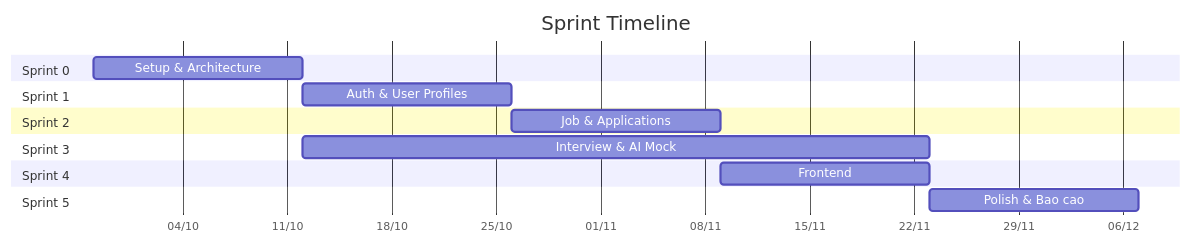
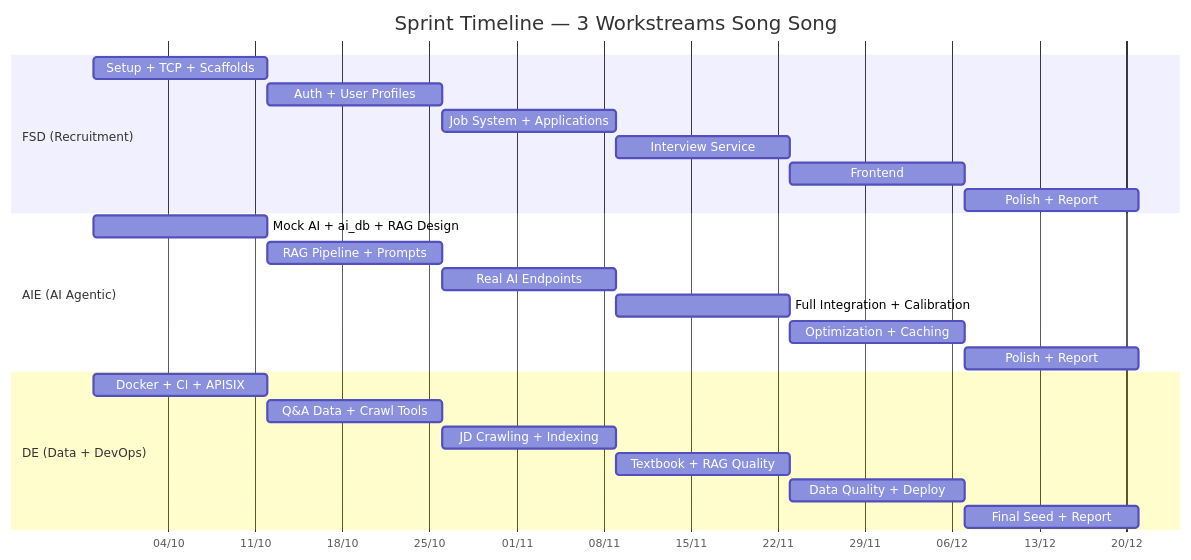
Before and after one commit to minhtuann1102/ai-recruitment-platform: the diagram in docs/sprint-plan.md, drawn with Mermaid. The commit also changed other lines of this file and 5 other files, not shown here.

Commit message:
docs: add architecture documentation and sprint planning files

````diff
--- a/docs/sprint-plan.md
+++ b/docs/sprint-plan.md
@@ -230,24 +275,30 @@
 ```mermaid
 gantt
-    title Sprint Timeline
+    title Sprint Timeline — 3 Workstreams Song Song
     dateFormat  YYYY-MM-DD
     axisFormat  %d/%m
 
-    section Sprint 0
-    Setup & Architecture   :s0, 2026-09-28, 14d
+    section FSD (Recruitment)
+    Setup + TCP + Scaffolds         :s0fsd, 2026-09-28, 14d
+    Auth + User Profiles            :s1fsd, after s0fsd, 14d
+    Job System + Applications       :s2fsd, after s1fsd, 14d
+    Interview Service               :s3fsd, after s2fsd, 14d
+    Frontend                        :s4fsd, after s3fsd, 14d
+    Polish + Report                 :s5fsd, after s4fsd, 14d
 
-    section Sprint 1
-    Auth & User Profiles   :s1, after s0, 14d
+    section AIE (AI Agentic)
+    Mock AI + ai_db + RAG Design    :s0aie, 2026-09-28, 14d
+    RAG Pipeline + Prompts          :s1aie, after s0aie, 14d
+    Real AI Endpoints               :s2aie, after s1aie, 14d
+    Full Integration + Calibration  :s3aie, after s2aie, 14d
+    Optimization + Caching          :s4aie, after s3aie, 14d
+    Polish + Report                 :s5aie, after s4aie, 14d
 
-    section Sprint 2
-    Job & Applications     :s2, after s1, 14d
-
-    section Sprint 3
-    Interview & AI Mock    :s3, after s0, 42d
-
-    section Sprint 4
-    Frontend               :s4, after s2, 14d
-
-    section Sprint 5
-    Polish & Bao cao       :s5, after s4, 14d
+    section DE (Data + DevOps)
+    Docker + CI + APISIX            :s0de, 2026-09-28, 14d
+    Q&A Data + Crawl Tools          :s1de, after s0de, 14d
+    JD Crawling + Indexing          :s2de, after s1de, 14d
+    Textbook + RAG Quality          :s3de, after s2de, 14d
+    Data Quality + Deploy           :s4de, after s3de, 14d
+    Final Seed + Report             :s5de, after s4de, 14d
 ```
````
